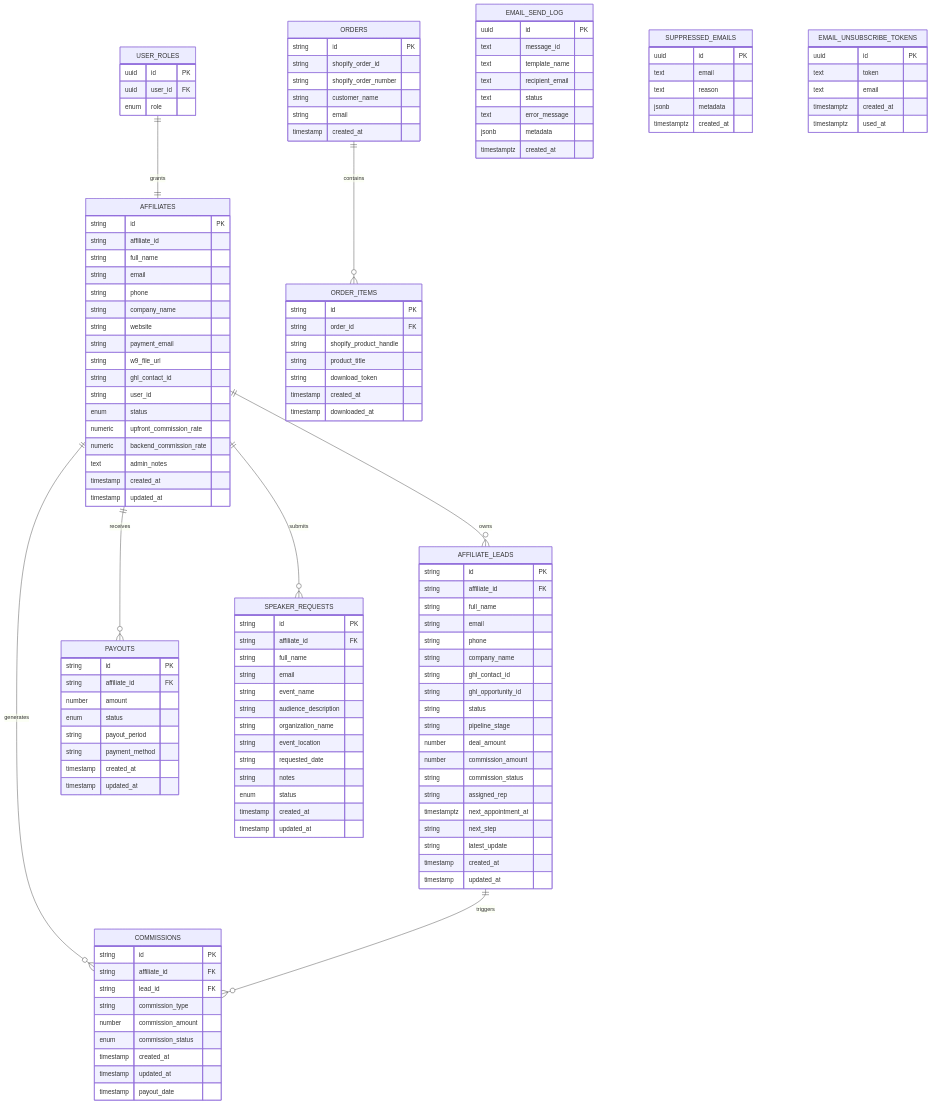
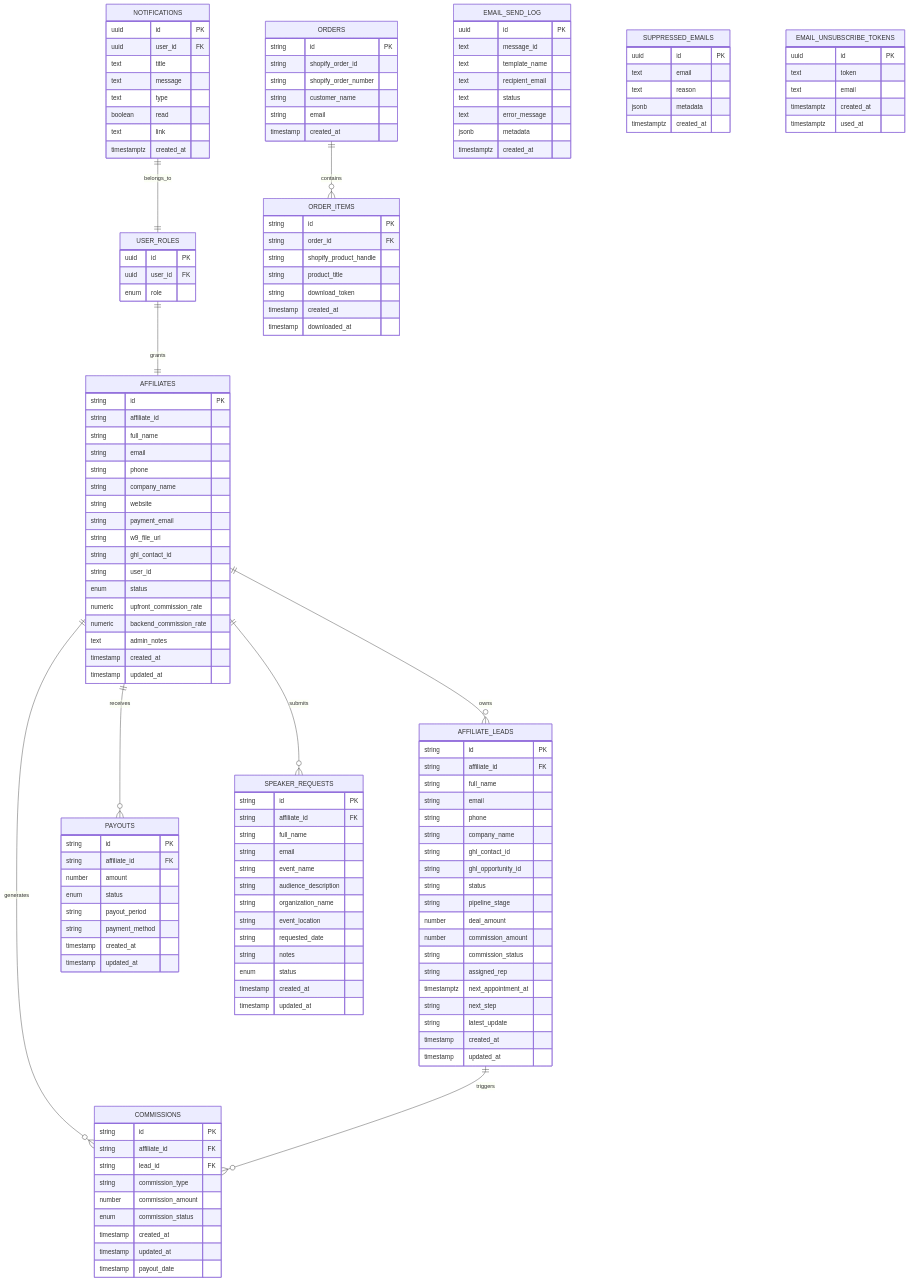
One commit to Hawky1/ryland changed the sixth of 15 diagrams in .qoder/repowiki/en/content/Data Layer & Supabase Integration.md. Above: the diagram before and after it, drawn with Mermaid. The commit also changed other lines of this file and 87 other files, not shown here.

````diff
--- a/.qoder/repowiki/en/content/Data Layer & Supabase Integration.md
+++ b/.qoder/repowiki/en/content/Data Layer & Supabase Integration.md
@@ -518,6 +555,16 @@
 timestamp created_at
 timestamp downloaded_at
 }
+NOTIFICATIONS {
+uuid id PK
+uuid user_id FK
+text title
+text message
+text type
+boolean read
+text link
+timestamptz created_at
+}
 EMAIL_SEND_LOG {
 uuid id PK
 text message_id
@@ -549,4 +596,5 @@
 AFFILIATES ||--o{ SPEAKER_REQUESTS : "submits"
 ORDERS ||--o{ ORDER_ITEMS : "contains"
 USER_ROLES ||--|| AFFILIATES : "grants"
+NOTIFICATIONS ||--|| USER_ROLES : "belongs_to"
 ```
````
